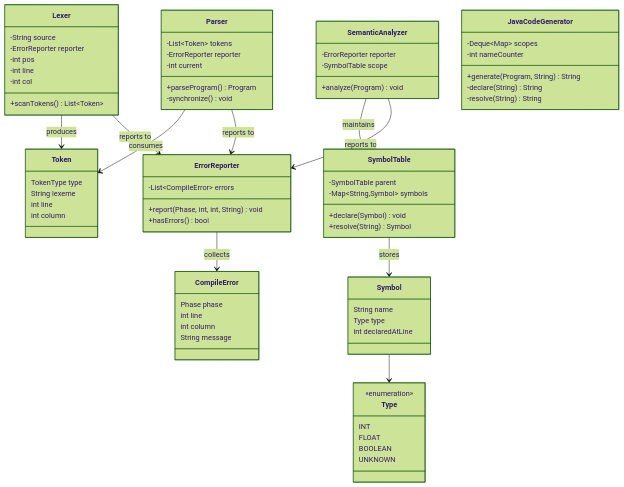
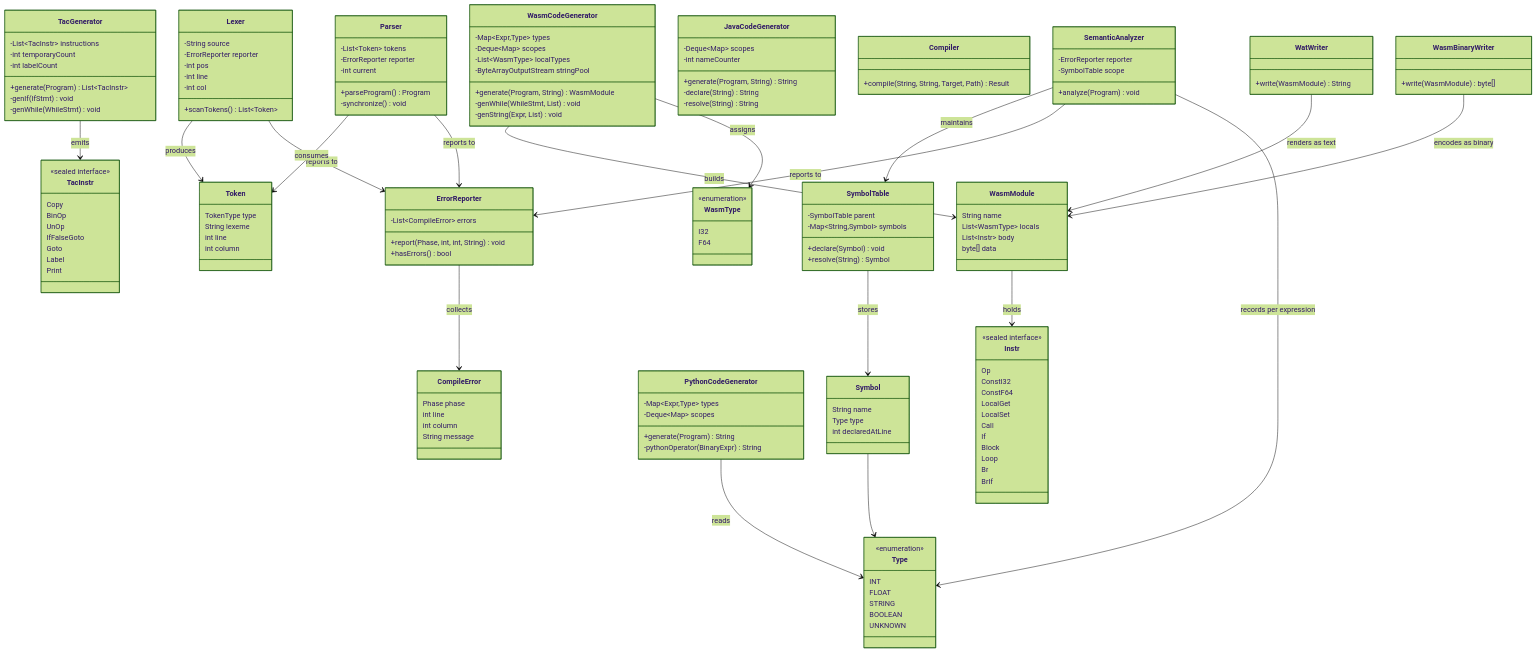
The third of 3 diagrams in docs/Ankur-Final-Report.md (MDAlmasAli/Ankur), drawn with Mermaid (forest theme) before and after one commit. The commit also changed other lines of this file and 13 other files, not shown here.

````diff
--- a/docs/Ankur-Final-Report.md
+++ b/docs/Ankur-Final-Report.md
@@ -297,8 +379,33 @@
         <<enumeration>>
         INT
         FLOAT
+        STRING
         BOOLEAN
         UNKNOWN
+    }
+    class TacGenerator {
+        -List~TacInstr~ instructions
+        -int temporaryCount
+        -int labelCount
+        +generate(Program) List~TacInstr~
+        -genIf(IfStmt) void
+        -genWhile(WhileStmt) void
+    }
+    class TacInstr {
+        <<sealed interface>>
+        Copy
+        BinOp
+        UnOp
+        IfFalseGoto
+        Goto
+        Label
+        Print
+    }
+    class PythonCodeGenerator {
+        -Map~Expr,Type~ types
+        -Deque~Map~ scopes
+        +generate(Program) String
+        -pythonOperator(BinaryExpr) String
     }
     class JavaCodeGenerator {
         -Deque~Map~ scopes
@@ -306,6 +413,49 @@
         +generate(Program, String) String
         -declare(String) String
         -resolve(String) String
+    }
+    class Compiler {
+        +compile(String, String, Target, Path) Result
+    }
+    class WasmCodeGenerator {
+        -Map~Expr,Type~ types
+        -Deque~Map~ scopes
+        -List~WasmType~ localTypes
+        -ByteArrayOutputStream stringPool
+        +generate(Program, String) WasmModule
+        -genWhile(WhileStmt, List) void
+        -genString(Expr, List) void
+    }
+    class WasmModule {
+        String name
+        List~WasmType~ locals
+        List~Instr~ body
+        byte[] data
+    }
+    class Instr {
+        <<sealed interface>>
+        Op
+        ConstI32
+        ConstF64
+        LocalGet
+        LocalSet
+        Call
+        If
+        Block
+        Loop
+        Br
+        BrIf
+    }
+    class WatWriter {
+        +write(WasmModule) String
+    }
+    class WasmBinaryWriter {
+        +write(WasmModule) byte[]
+    }
+    class WasmType {
+        <<enumeration>>
+        I32
+        F64
     }
     class ErrorReporter {
         -List~CompileError~ errors
@@ -328,4 +478,12 @@
     SymbolTable --> Symbol : stores
     Symbol --> Type
     ErrorReporter --> CompileError : collects
+    SemanticAnalyzer --> Type : records per expression
+    TacGenerator --> TacInstr : emits
+    PythonCodeGenerator --> Type : reads
+    WasmCodeGenerator --> WasmModule : builds
+    WasmCodeGenerator --> WasmType : assigns
+    WasmModule --> Instr : holds
+    WatWriter --> WasmModule : renders as text
+    WasmBinaryWriter --> WasmModule : encodes as binary
 ```
````
